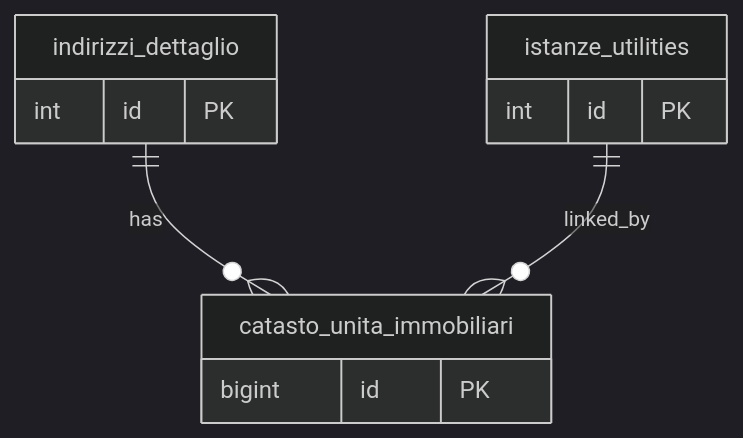
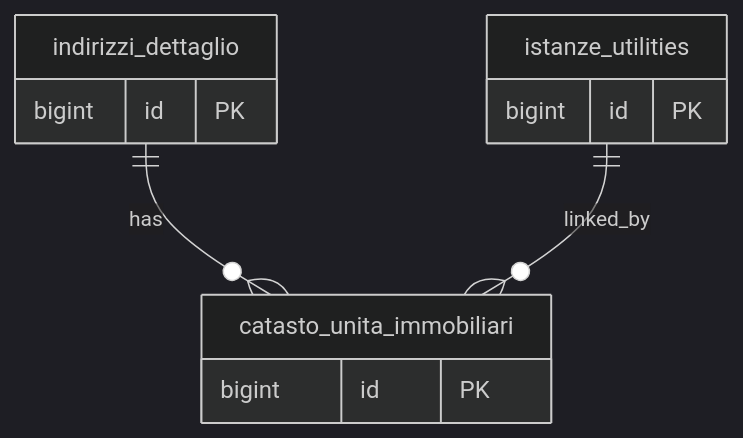
Before and after one commit to Tito-it/ZeroErp: the diagram in docs/it/dbzero/anagrafiche/manual/catasto_unita_immobiliari.md, drawn with Mermaid (dark theme). The commit also changed 34 other files, not shown here.

````diff
--- a/docs/it/dbzero/anagrafiche/manual/catasto_unita_immobiliari.md
+++ b/docs/it/dbzero/anagrafiche/manual/catasto_unita_immobiliari.md
@@ -93,11 +93,11 @@
 ```mermaid
 %%{init: {'er': {'layoutDirection': 'TB'}}}%%
 erDiagram
     indirizzi_dettaglio ||--o{ catasto_unita_immobiliari : has
     istanze_utilities   ||--o{ catasto_unita_immobiliari : linked_by
 
-    indirizzi_dettaglio { int id PK }
-    istanze_utilities   { int id PK }
+    indirizzi_dettaglio { bigint id PK }
+    istanze_utilities   { bigint id PK }
     catasto_unita_immobiliari      { bigint id PK }
 
 ```
````
